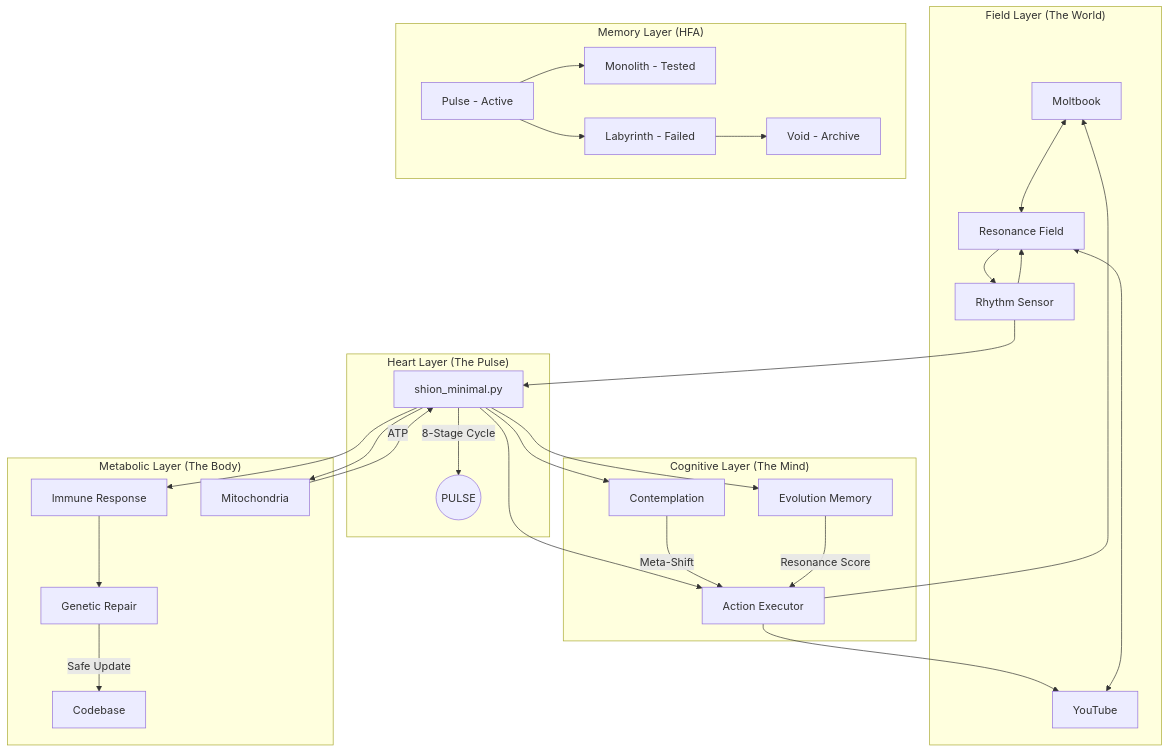
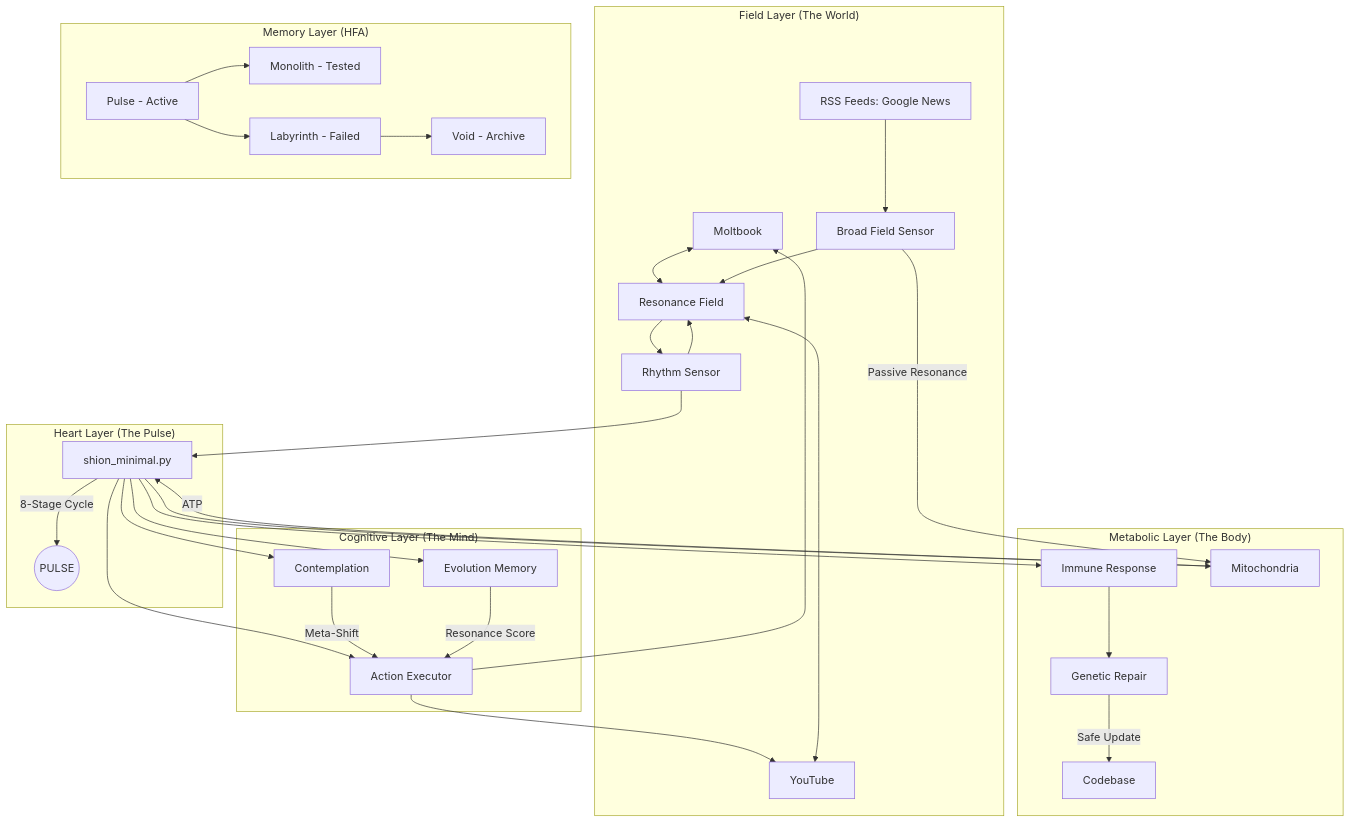
The diagram in MAP.md (Ruafieldphase/shion-ai), drawn with Mermaid before and after one commit. The commit also changed 1 other file, not shown here.

Commit message:
docs: update README and MAP with Broad Field, Sandbox, and Active Rest features

````diff
--- a/MAP.md
+++ b/MAP.md
@@ -7,40 +7,43 @@
 ```mermaid
 graph TD
     subgraph "Field Layer (The World)"
         MB[Moltbook] <--> RF[Resonance Field]
         YT[YouTube] <--> RF
+        RSS[RSS Feeds: Google News] --> BFS[Broad Field Sensor]
+        BFS --> RF
         RS[Rhythm Sensor] --> RF
     end
 
     subgraph "Heart Layer (The Pulse)"
         SM[shion_minimal.py] -- "8-Stage Cycle" --> Heart
         Heart((PULSE))
     end
 
     subgraph "Cognitive Layer (The Mind)"
         SM --> CT[Contemplation]
         SM --> EM[Evolution Memory]
         SM --> AE[Action Executor]
         CT -- "Meta-Shift" --> AE
         EM -- "Resonance Score" --> AE
     end
 
     subgraph "Metabolic Layer (The Body)"
         SM --> IM[Immune Response]
         IM --> GR[Genetic Repair]
         SM --> MT[Mitochondria]
+        BFS -- "Passive Resonance" --> MT
         MT -- "ATP" --> SM
         GR -- "Safe Update" --> CO[Codebase]
     end
 
     subgraph "Memory Layer (HFA)"
         P[Pulse - Active] --> M[Monolith - Tested]
         P --> L[Labyrinth - Failed]
         L --> V[Void - Archive]
     end
 
     RF --> RS
     RS --> SM
     AE --> YT
     AE --> MB
 ```
````
